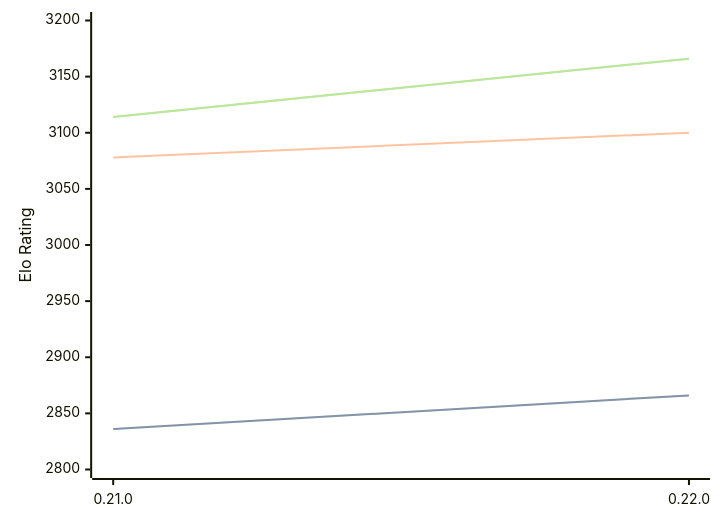
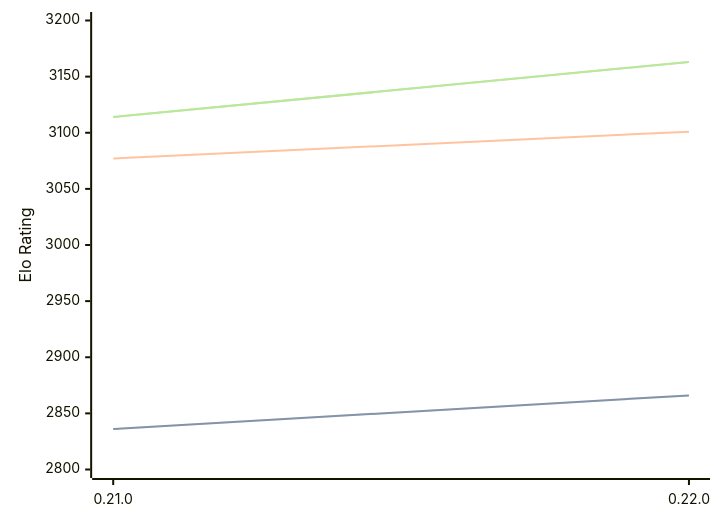
Before and after one commit to computer-chess-index/cci: the diagram in engines/Princhess.md, drawn with Mermaid. The commit also changed other lines of this file, not shown here.

Commit message:
Update CCI Ratings (ELO VLTC) - 2026-09-03

````diff
--- a/engines/Princhess.md
+++ b/engines/Princhess.md
@@ -32,11 +32,11 @@
 ```mermaid
 %%{init: {"theme":"base","themeVariables":{"seriesColors:['#a3a3a3','#222221','#faa371']}}}%%
 xychart-beta
   x-axis ["0.21.0", "0.22.0"]
   y-axis "Elo Rating" 2800 --> 3200
   line "" [2836, 2866]
   line "STC (8.0+0.08s)" [2836, 2866]
-  line "LTC (60.0+0.60s)" [3078, 3100]
-  line "" [3114, 3166]
-  line "VLTC (2m24s+1.12s)" [3114, 3166]
+  line "LTC (60.0+0.60s)" [3077, 3101]
+  line "" [3114, 3163]
+  line "VLTC (2m24s+1.12s)" [3114, 3163]
 ```
````
